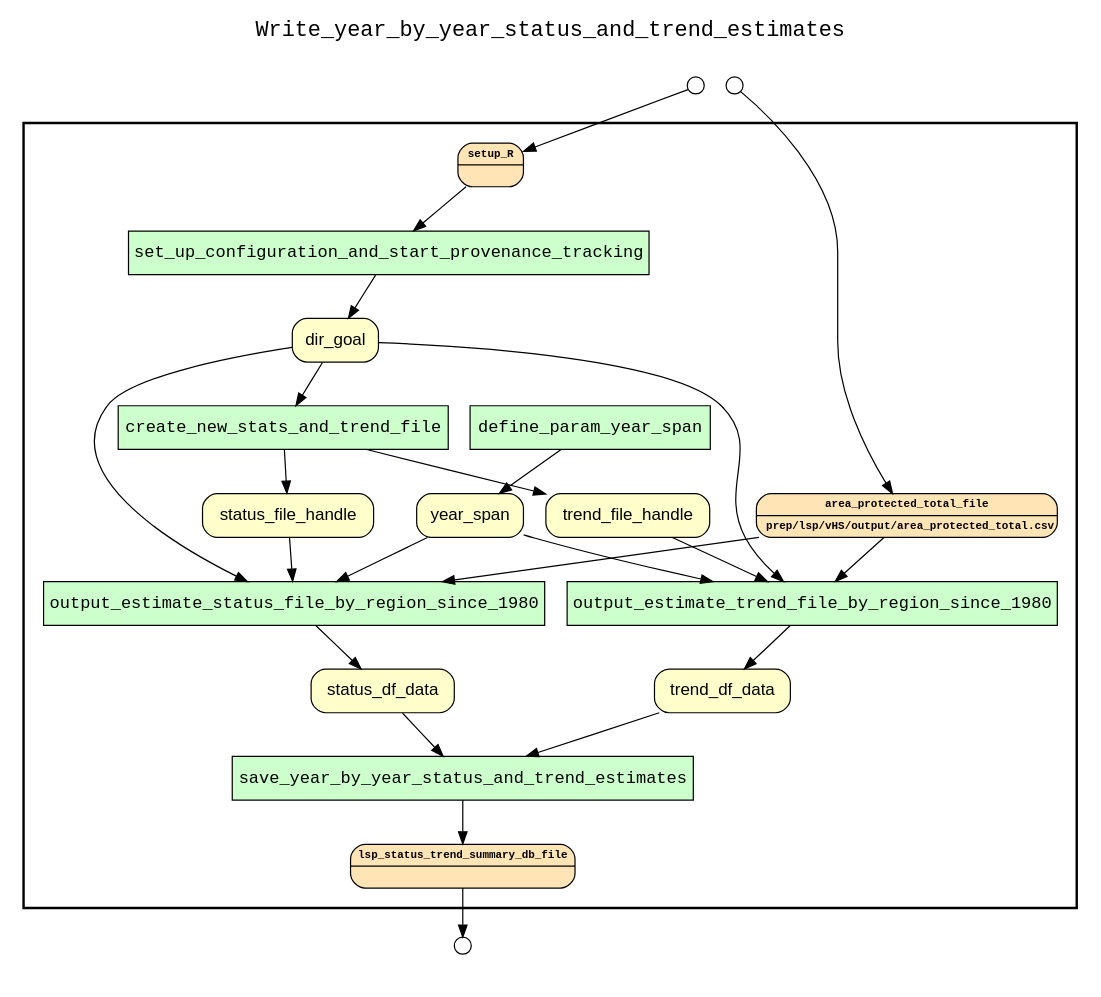
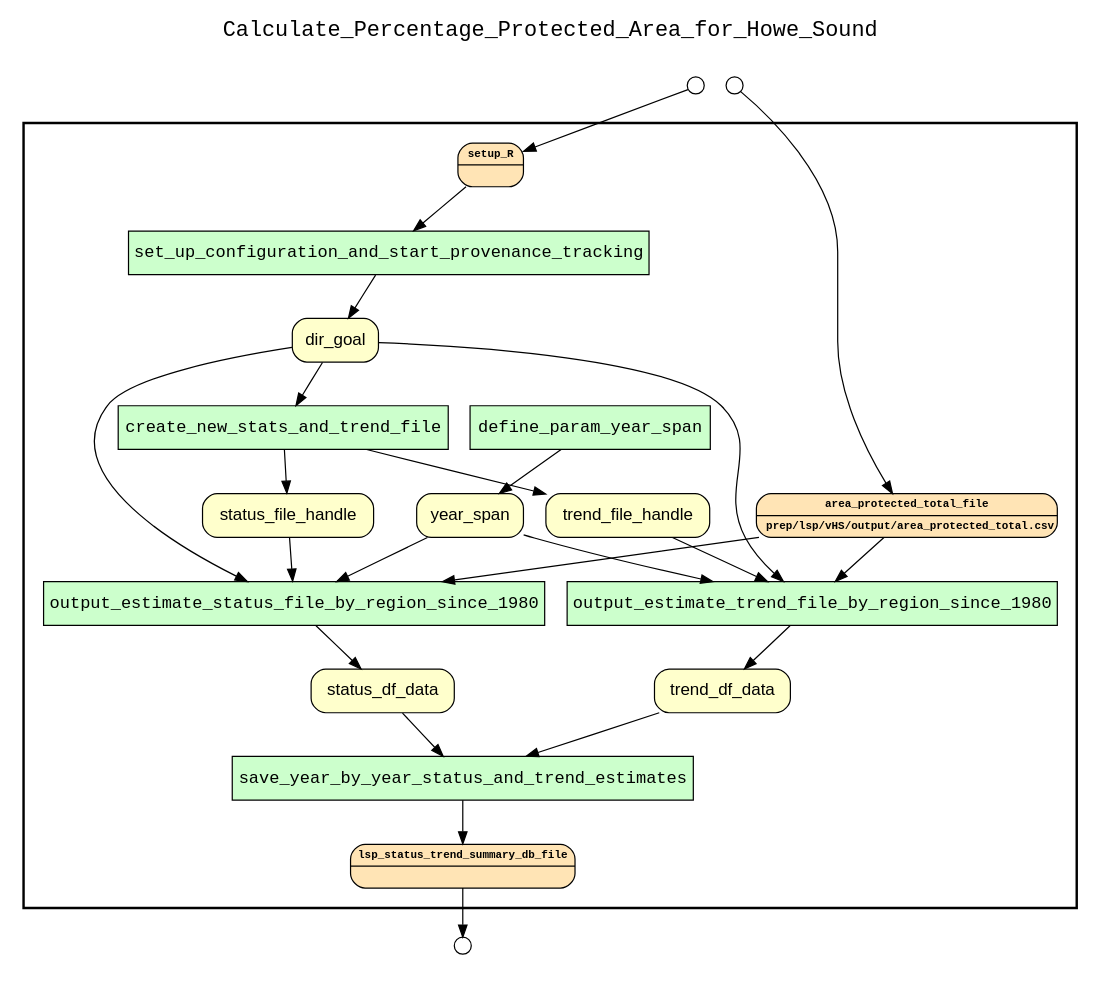
One commit to sycao5/runManager-multipleRuns changed the diagram in examples/OHIBC_Howe_Sound/hybrid provenance queries/examples/estimate_status_and_trend_by_year/results/wf_recon_upstream_of_lsp_status_trend_summary_db_file.gv. Above: the diagram before and after it, drawn with Graphviz. The commit also changed 30 other files, not shown here.

Commit message:
Update yw annotations for estimate_status_and_trend_by_year.R hybrid query .

```diff
--- a/examples/OHIBC_Howe_Sound/hybrid provenance queries/examples/estimate_status_and_trend_by_year/results/wf_recon_upstream_of_lsp_status_trend_summary_db_file.gv
+++ b/examples/OHIBC_Howe_Sound/hybrid provenance queries/examples/estimate_status_and_trend_by_year/results/wf_recon_upstream_of_lsp_status_trend_summary_db_file.gv
@@ -1,63 +1,63 @@
 
 digraph yw_data_view {
 rankdir=TB
 fontname=Courier; fontsize=18; labelloc=t
-label="Write_year_by_year_status_and_trend_estimates"
+label="Calculate_Percentage_Protected_Area_for_Howe_Sound"
 subgraph cluster_workflow { label=""; color=black; penwidth=2
 subgraph cluster_workflow_inner { label=""; color=white
 node[shape=box style="filled" fillcolor="#CCFFCC" peripheries=1 fontname=Courier]
 output_estimate_trend_file_by_region_since_1980
 output_estimate_status_file_by_region_since_1980
 define_param_year_span
 create_new_stats_and_trend_file
 set_up_configuration_and_start_provenance_tracking
 save_year_by_year_status_and_trend_estimates
 node[shape=box style="filled" fillcolor="#CCFFCC" peripheries=1 fontname=Courier]
 node[shape=box style="rounded,filled" fillcolor="#FFFFCC" peripheries=1 fontname=Helvetica]
 dir_goal
 status_file_handle
 trend_file_handle
 year_span
 status_df_data
 trend_df_data
 node[shape=box style="rounded,filled" fillcolor="#FFE4B5" peripheries=1 fontname="Courier-Bold" fontsize=9]
 setup_R[shape=record rankdir=LR label="{<f0> setup_R |<f1>}"]
 area_protected_total_file[shape=record rankdir=LR label="{<f0> area_protected_total_file |<f1>prep/lsp/vHS/output/area_protected_total.csv\l}"]
 node[shape=box style="rounded,filled" fillcolor="#FFE4B5" peripheries=1 fontname="Courier-Bold" fontsize=9]
 lsp_status_trend_summary_db_file[shape=record rankdir=LR label="{<f0> lsp_status_trend_summary_db_file |<f1>}"]
 node[shape=box style="rounded,filled" fillcolor="#FFFFFF" peripheries=1 fontname=Helvetica]
 }}
 subgraph cluster_inflows { label=""; color=white; penwidth=2
 subgraph cluster_inflows_inner { label=""; color=white
 node[shape=circle fillcolor="#FFFFFF" peripheries=1 width=0.2]
 setup_R_inflow [label=""]
 area_protected_total_file_inflow [label=""]
 }}
 subgraph cluster_outflows { label=""; color=white; penwidth=2
 subgraph cluster_outflows_inner { label=""; color=white
 node[shape=circle fillcolor="#FFFFFF" peripheries=1 width=0.2]
 lsp_status_trend_summary_db_file_outflow [label=""]
 }}
 trend_df_data -> save_year_by_year_status_and_trend_estimates
 status_df_data -> save_year_by_year_status_and_trend_estimates
 area_protected_total_file -> output_estimate_trend_file_by_region_since_1980
 area_protected_total_file -> output_estimate_status_file_by_region_since_1980
 year_span -> output_estimate_trend_file_by_region_since_1980
 year_span -> output_estimate_status_file_by_region_since_1980
 trend_file_handle -> output_estimate_trend_file_by_region_since_1980
 status_file_handle -> output_estimate_status_file_by_region_since_1980
 dir_goal -> output_estimate_trend_file_by_region_since_1980
 dir_goal -> output_estimate_status_file_by_region_since_1980
 dir_goal -> create_new_stats_and_trend_file
 setup_R -> set_up_configuration_and_start_provenance_tracking
 set_up_configuration_and_start_provenance_tracking -> dir_goal
 create_new_stats_and_trend_file -> status_file_handle
 create_new_stats_and_trend_file -> trend_file_handle
 define_param_year_span -> year_span
 output_estimate_status_file_by_region_since_1980 -> status_df_data
 output_estimate_trend_file_by_region_since_1980 -> trend_df_data
 save_year_by_year_status_and_trend_estimates -> lsp_status_trend_summary_db_file
 setup_R_inflow -> setup_R
 area_protected_total_file_inflow -> area_protected_total_file
 lsp_status_trend_summary_db_file -> lsp_status_trend_summary_db_file_outflow
 }
```
